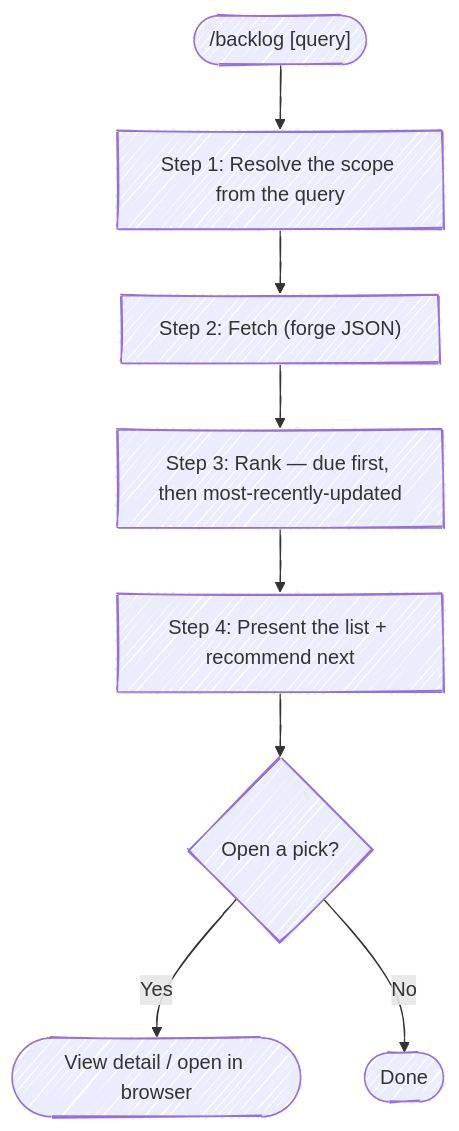
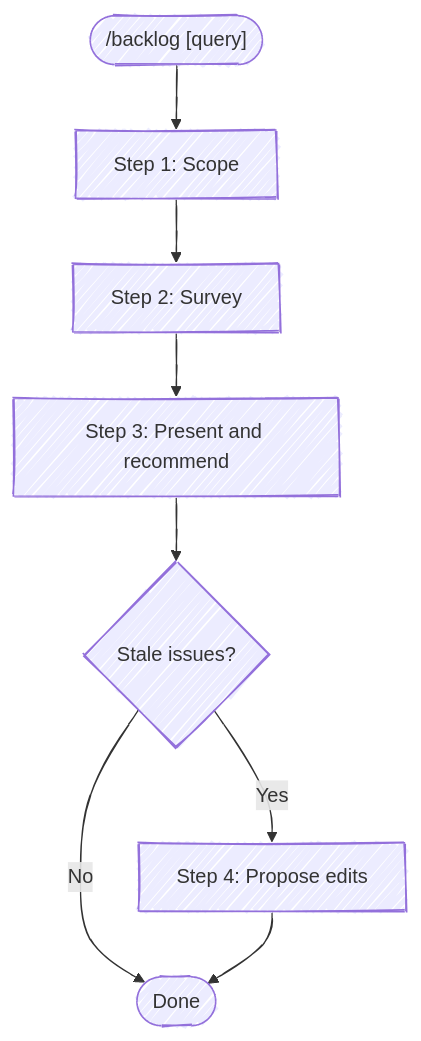
Before and after one commit to chris-peterson/anchor: the diagram in skills/backlog/SKILL.md, drawn with Mermaid. The commit also changed other lines of this file and 8 other files, not shown here.

First line of the commit message:
Rank backlog work in flight before new issues

````diff
--- a/skills/backlog/SKILL.md
+++ b/skills/backlog/SKILL.md
@@ -16,11 +12,11 @@
 ```mermaid
 %%{ init: { 'look': 'handDrawn' } }%%
 flowchart TD
-    Start(["/backlog [query]"]) --> Scope["Step 1: Resolve the scope from the query"]
-    Scope --> Fetch["Step 2: Fetch (forge JSON)"]
-    Fetch --> Rank["Step 3: Rank — due first, then most-recently-updated"]
-    Rank --> Present["Step 4: Present the list + recommend next"]
-    Present --> Pick{Open a pick?}
-    Pick -->|Yes| View(["View detail / open in browser"])
-    Pick -->|No| Done([Done])
+    Start(["/backlog [query]"]) --> Scope["Step 1: Scope"]
+    Scope --> Survey["Step 2: Survey"]
+    Survey --> Present["Step 3: Present and recommend"]
+    Present --> Stale{Stale issues?}
+    Stale -->|Yes| Groom["Step 4: Propose edits"]
+    Stale -->|No| Done([Done])
+    Groom --> Done
 ```
````
